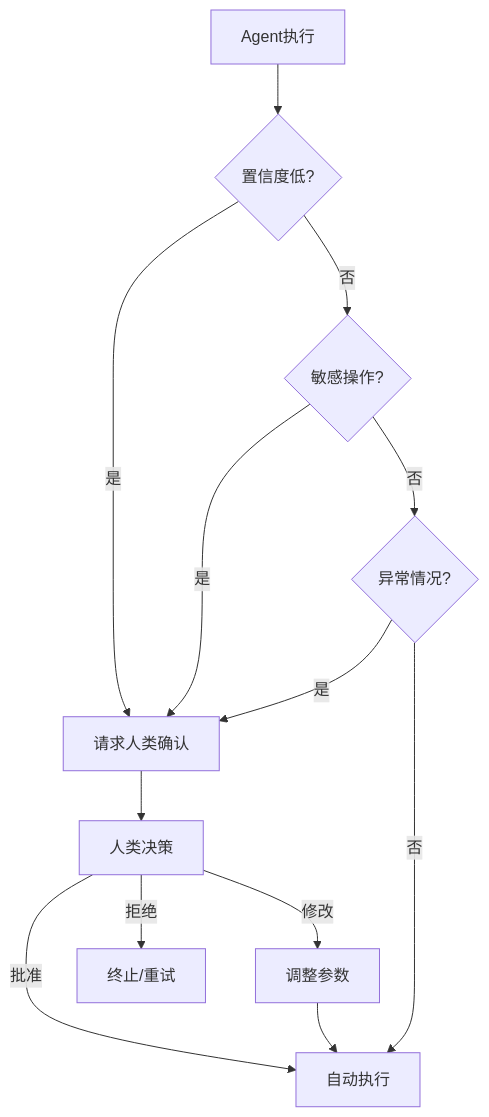
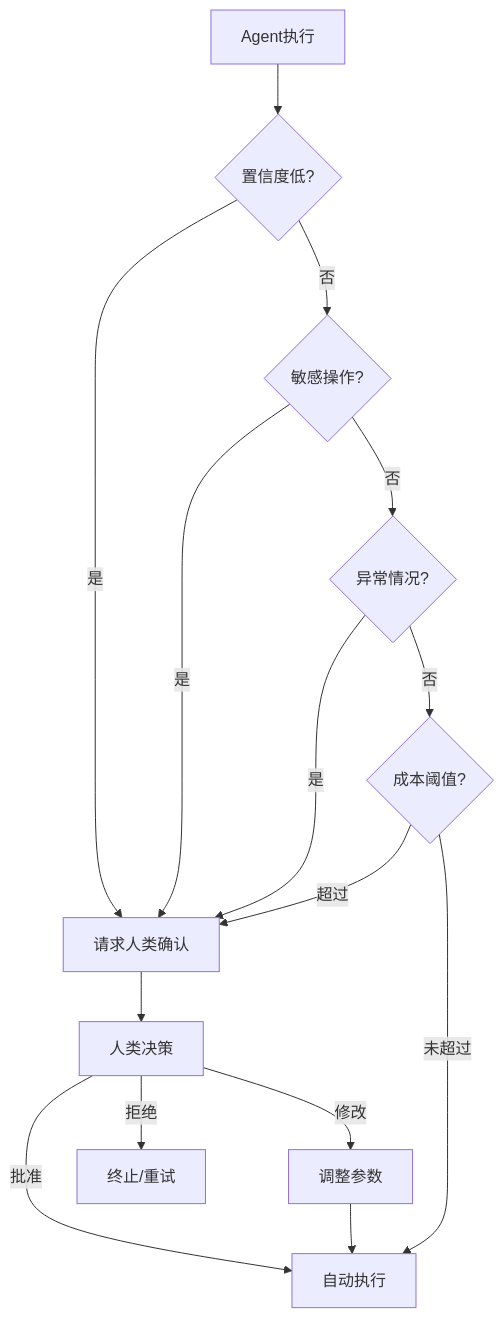
Before and after one commit to dilboy/agent-programming-wiki: the diagram in docs/07-安全与治理/03-人类介入设计.md, drawn with Mermaid. The commit also changed other lines of this file and 3 other files, not shown here.

````diff
--- a/docs/07-安全与治理/03-人类介入设计.md
+++ b/docs/07-安全与治理/03-人类介入设计.md
@@ -15,15 +17,17 @@
 ```mermaid
 graph TD
     A[Agent执行] --> B{置信度低?}
     B -->|是| C[请求人类确认]
     B -->|否| D{敏感操作?}
     D -->|是| C
     D -->|否| E{异常情况?}
     E -->|是| C
-    E -->|否| F[自动执行]
-    C --> G[人类决策]
-    G -->|批准| F
-    G -->|拒绝| H[终止/重试]
-    G -->|修改| I[调整参数]
-    I --> F
+    E -->|否| F{成本阈值?}
+    F -->|超过| C
+    F -->|未超过| G[自动执行]
+    C --> H[人类决策]
+    H -->|批准| G
+    H -->|拒绝| I[终止/重试]
+    H -->|修改| J[调整参数]
+    J --> G
 ```
````
